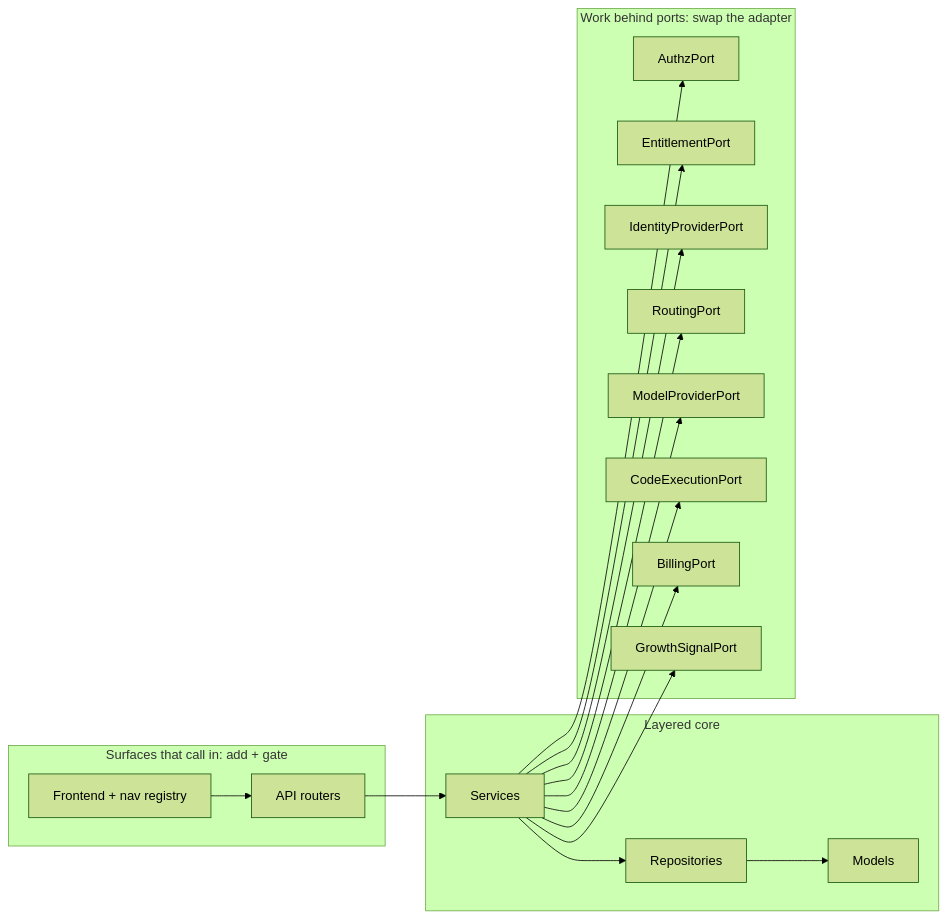
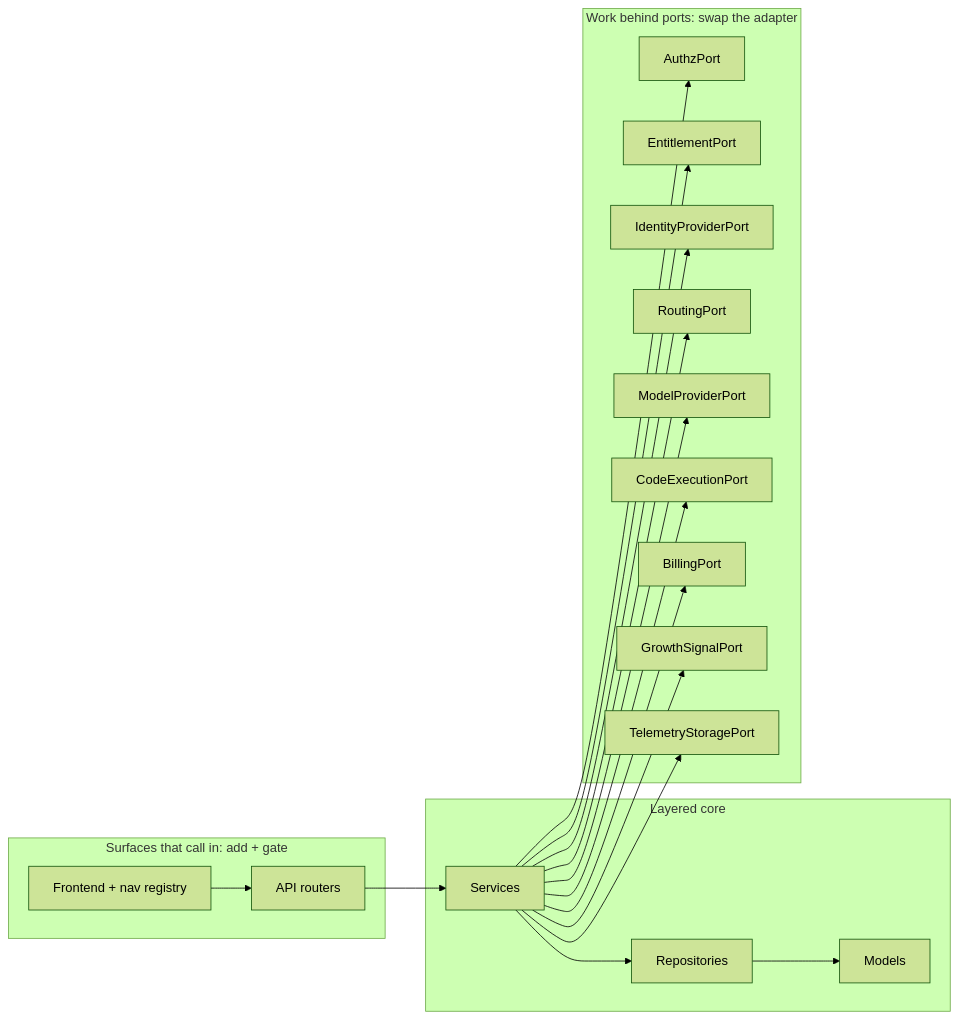
Before and after one commit to AloysJehwin/otari: the second of 2 diagrams in ARCHITECTURE.md, drawn with Mermaid (forest theme). The commit also changed other lines of this file and 20 other files, not shown here.

First line of the commit message:
feat(architecture): resolve captured telemetry through a storage port (#770)

````diff
--- a/ARCHITECTURE.md
+++ b/ARCHITECTURE.md
@@ -89,31 +90,33 @@
 ```mermaid
 flowchart LR
     subgraph driving["Surfaces that call in: add + gate"]
         UI["Frontend + nav registry"]
         API["API routers"]
     end
     subgraph core["Layered core"]
         SVC[Services]
         REPO[Repositories]
         MOD[Models]
     end
     subgraph driven["Work behind ports: swap the adapter"]
         AP[AuthzPort]
         EP[EntitlementPort]
         IP[IdentityProviderPort]
         RP[RoutingPort]
         MP[ModelProviderPort]
         CP[CodeExecutionPort]
         BP[BillingPort]
         GP[GrowthSignalPort]
+        TP[TelemetryStoragePort]
     end
     UI --> API --> SVC --> REPO --> MOD
     SVC --> AP
     SVC --> EP
     SVC --> IP
     SVC --> RP
     SVC --> MP
     SVC --> CP
     SVC --> BP
     SVC --> GP
+    SVC --> TP
 ```
````
